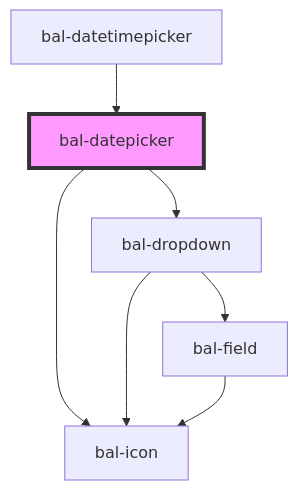
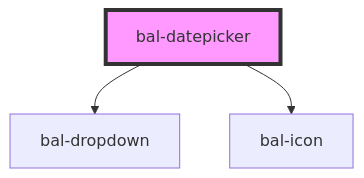
One commit to baloise/ui-library-next changed the diagram in packages/library/src/components/bal-datepicker/readme.md. Above: the diagram before and after it, drawn with Mermaid. The commit also changed other lines of this file and 11 other files, not shown here.

````diff
--- a/packages/library/src/components/bal-datepicker/readme.md
+++ b/packages/library/src/components/bal-datepicker/readme.md
@@ -135,10 +119,6 @@
 ```mermaid
 graph TD;
   bal-datepicker --> bal-dropdown
   bal-datepicker --> bal-icon
-  bal-dropdown --> bal-icon
-  bal-dropdown --> bal-field
-  bal-field --> bal-icon
-  bal-datetimepicker --> bal-datepicker
   style bal-datepicker fill:#f9f,stroke:#333,stroke-width:4px
 ```
````
